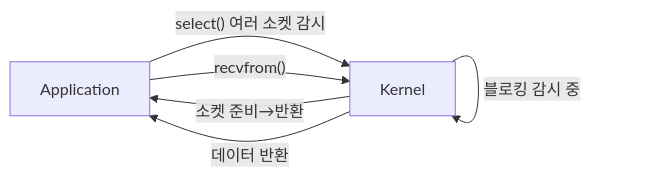
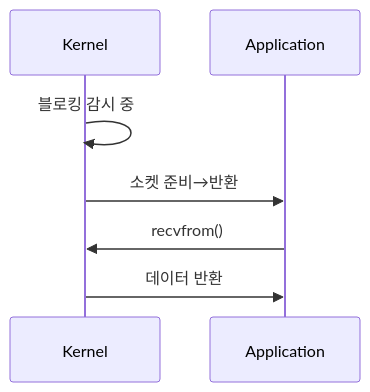
The seventh of 9 diagrams in _posts/server/2026-05-01-sync-async-block-nonblock.md (yjkim2015/yjkim2015.github.io), drawn with Mermaid before and after one commit. The commit also changed other lines of this file and 89 other files, not shown here.

First line of the commit message:
복잡한 flowchart 163개 → sequenceDiagram 변환 (90파일)

````diff
--- a/_posts/server/2026-05-01-sync-async-block-nonblock.md
+++ b/_posts/server/2026-05-01-sync-async-block-nonblock.md
@@ -296,8 +293,7 @@
 ```mermaid
-graph LR
-    App["Application"] -->|"select() 여러 소켓 감시"| K["Kernel"]
-    K -->|"블로킹 감시 중"| K
-    K -->|"소켓 준비→반환"| App
-    App -->|"recvfrom()"| K
-    K -->|"데이터 반환"| App
+sequenceDiagram
+    Kernel->>Kernel: 블로킹 감시 중
+    Kernel->>Application: 소켓 준비→반환
+    Application->>Kernel: recvfrom()
+    Kernel->>Application: 데이터 반환
 ```
````
